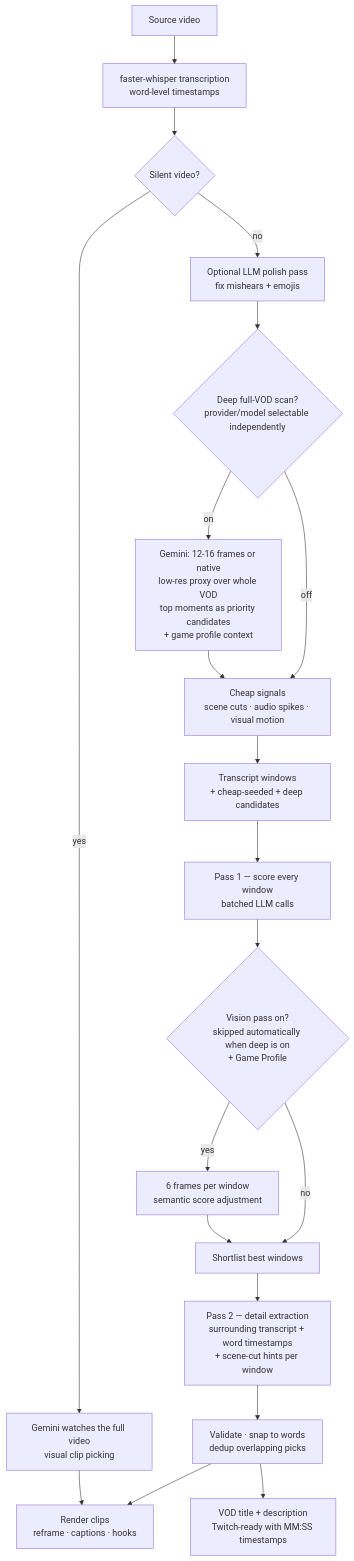
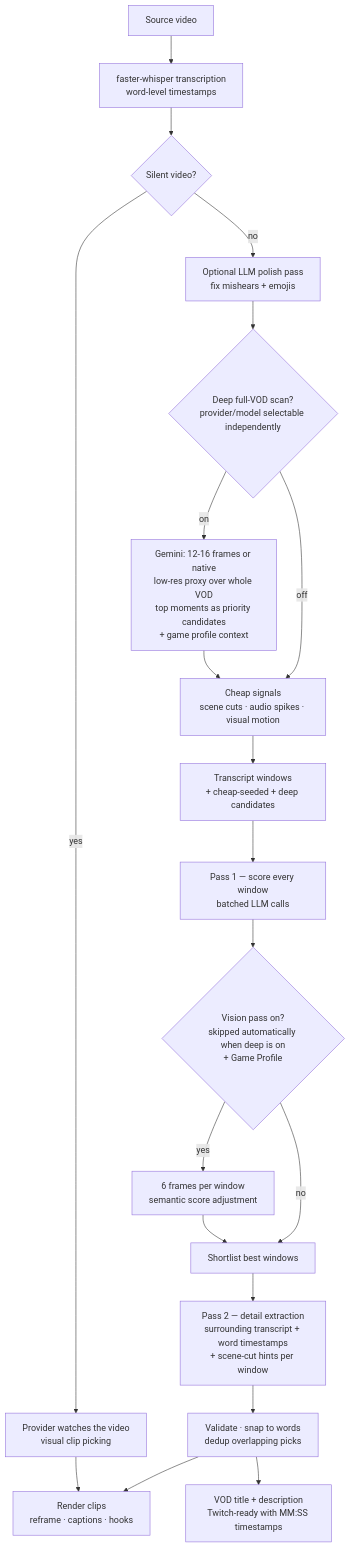
Before and after one commit to ukind/openshorts: the first of 2 diagrams in README.md, drawn with Mermaid. The commit also changed other lines of this file and 7 other files, not shown here.

First line of the commit message:
feat(ai): silent-video and vision analysis run on the configured provider

````diff
--- a/README.md
+++ b/README.md
@@ -144,22 +144,22 @@
 ```mermaid
 flowchart TD
     A[Source video] --> B[faster-whisper transcription\nword-level timestamps]
     B --> C{Silent video?}
-    C -- yes --> V[Gemini watches the full video\nvisual clip picking]
+    C -- yes --> V[Provider watches the video\nvisual clip picking]
     C -- no --> E[Optional LLM polish pass\nfix mishears + emojis]
     E --> D{Deep full-VOD scan?\nprovider/model selectable independently}
     D -- on --> F[Gemini: 12-16 frames or native\nlow-res proxy over whole VOD\ntop moments as priority candidates\n+ game profile context]
     D -- off --> G
     F --> G[Cheap signals\nscene cuts · audio spikes · visual motion]
     G --> H[Transcript windows\n+ cheap-seeded + deep candidates]
     H --> I[Pass 1 — score every window\nbatched LLM calls]
     I --> J{Vision pass on?\nskipped automatically when deep is on\n+ Game Profile}
     J -- yes --> K[6 frames per window\nsemantic score adjustment]
     J -- no --> L
     K --> L[Shortlist best windows]
     L --> M[Pass 2 — detail extraction\nsurrounding transcript + word timestamps\n+ scene-cut hints per window]
     M --> N[Validate · snap to words\ndedup overlapping picks]
     N --> O[Render clips\nreframe · captions · hooks]
     N --> P[VOD title + description\nTwitch-ready with MM:SS timestamps]
     V --> O
 ```
````
